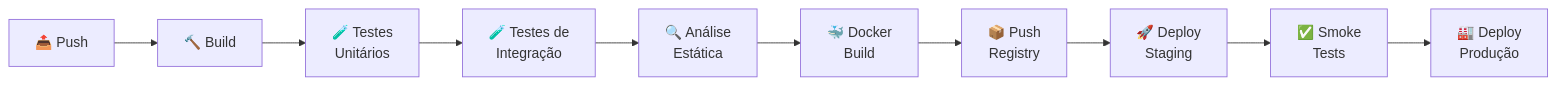
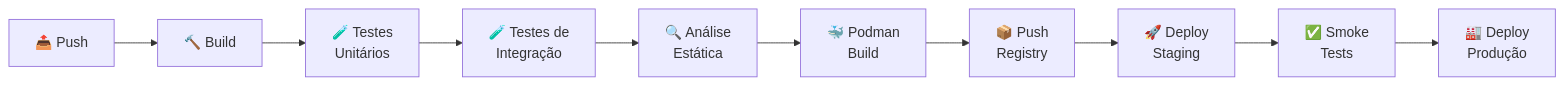
One commit to deusemarjunior/trein-java-intermed changed the sixth of 6 diagrams in dia-07/README.md. Above: the diagram before and after it, drawn with Mermaid. The commit also changed other lines of this file and 100 other files, not shown here.

Commit message:
removendo docker adicionando podman

````diff
--- a/dia-07/README.md
+++ b/dia-07/README.md
@@ -798,12 +798,12 @@
 ```mermaid
 graph LR
     P["📤 Push"] --> B["🔨 Build"]
     B --> TU["🧪 Testes<br/>Unitários"]
     TU --> TI["🧪 Testes de<br/>Integração"]
     TI --> SA["🔍 Análise<br/>Estática"]
-    SA --> D["🐳 Docker<br/>Build"]
+    SA --> D["🐳 Podman<br/>Build"]
     D --> R["📦 Push<br/>Registry"]
     R --> S["🚀 Deploy<br/>Staging"]
     S --> SM["✅ Smoke<br/>Tests"]
     SM --> PR["🏭 Deploy<br/>Produção"]
 ```
````
